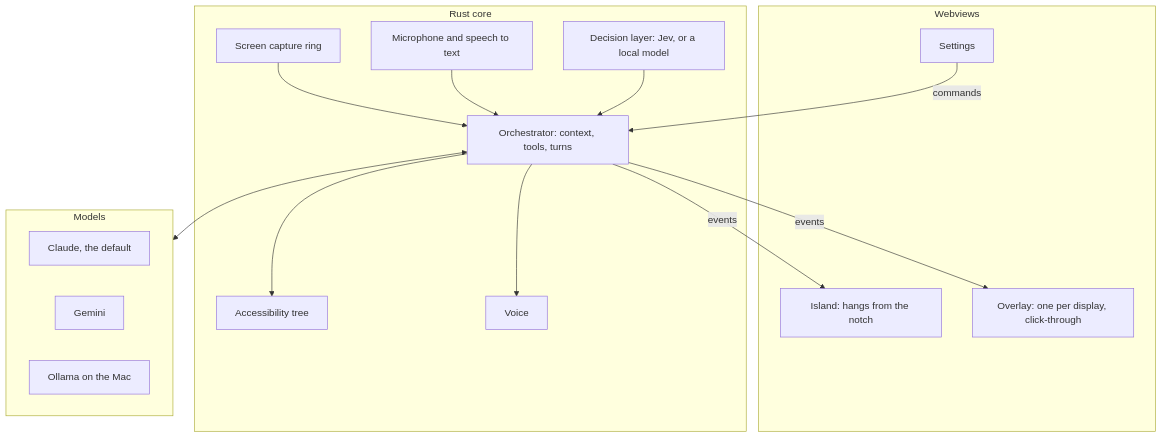
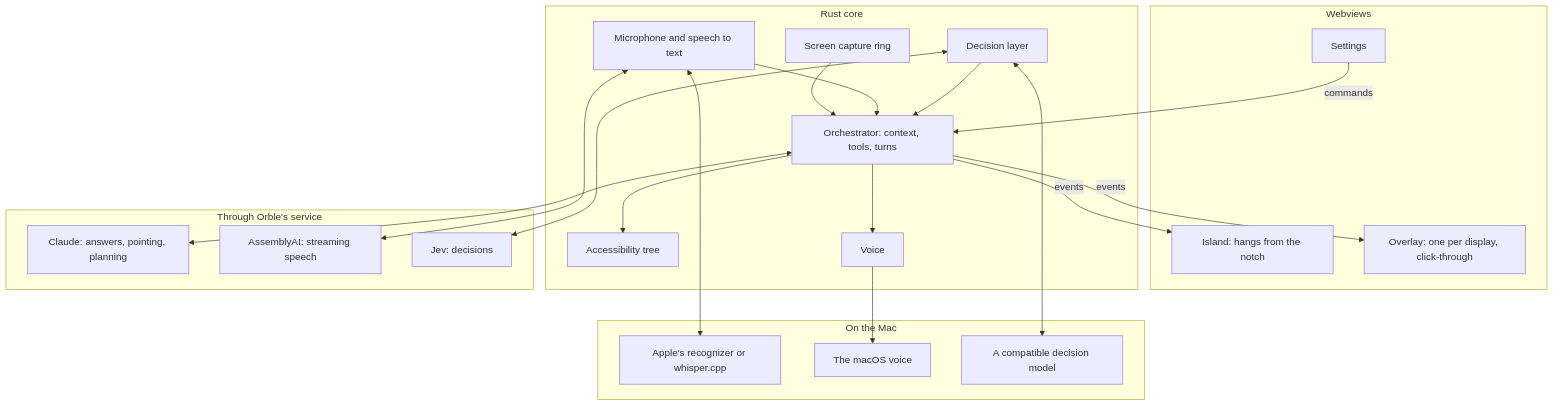
One commit to Erwan-gif/Orble changed the third of 3 diagrams in README.md. Above: the diagram before and after it, drawn with Mermaid. The commit also changed other lines of this file and 2 other files, not shown here.

````diff
--- a/README.md
+++ b/README.md
@@ -113,30 +120,40 @@
 ```mermaid
 flowchart TB
     subgraph Windows["Webviews"]
         I["Island: hangs from the notch"]
         O["Overlay: one per display, click-through"]
         P["Settings"]
     end
     subgraph Core["Rust core"]
         C["Screen capture ring"]
         A["Microphone and speech to text"]
         R["Orchestrator: context, tools, turns"]
         X["Accessibility tree"]
         T["Voice"]
-        D["Decision layer: Jev, or a local model"]
+        D["Decision layer"]
     end
-    subgraph Models["Models"]
-        CL["Claude, the default"]
-        GE["Gemini"]
-        OL["Ollama on the Mac"]
+    subgraph Mac["On the Mac"]
+        LS["Apple's recognizer or whisper.cpp"]
+        MV["The macOS voice"]
+        LD["A compatible decision model"]
+    end
+    subgraph Service["Through Orble's service"]
+        CL["Claude: answers, pointing, planning"]
+        AS["AssemblyAI: streaming speech"]
+        JV["Jev: decisions"]
     end
     C --> R
     A --> R
     D --> R
-    R <--> Models
+    R <--> CL
+    A <--> AS
+    A <--> LS
+    D <--> JV
+    D <--> LD
     R --> X
     R --> T
+    T --> MV
     R -- "events" --> I
     R -- "events" --> O
     P -- "commands" --> R
 ```
````
